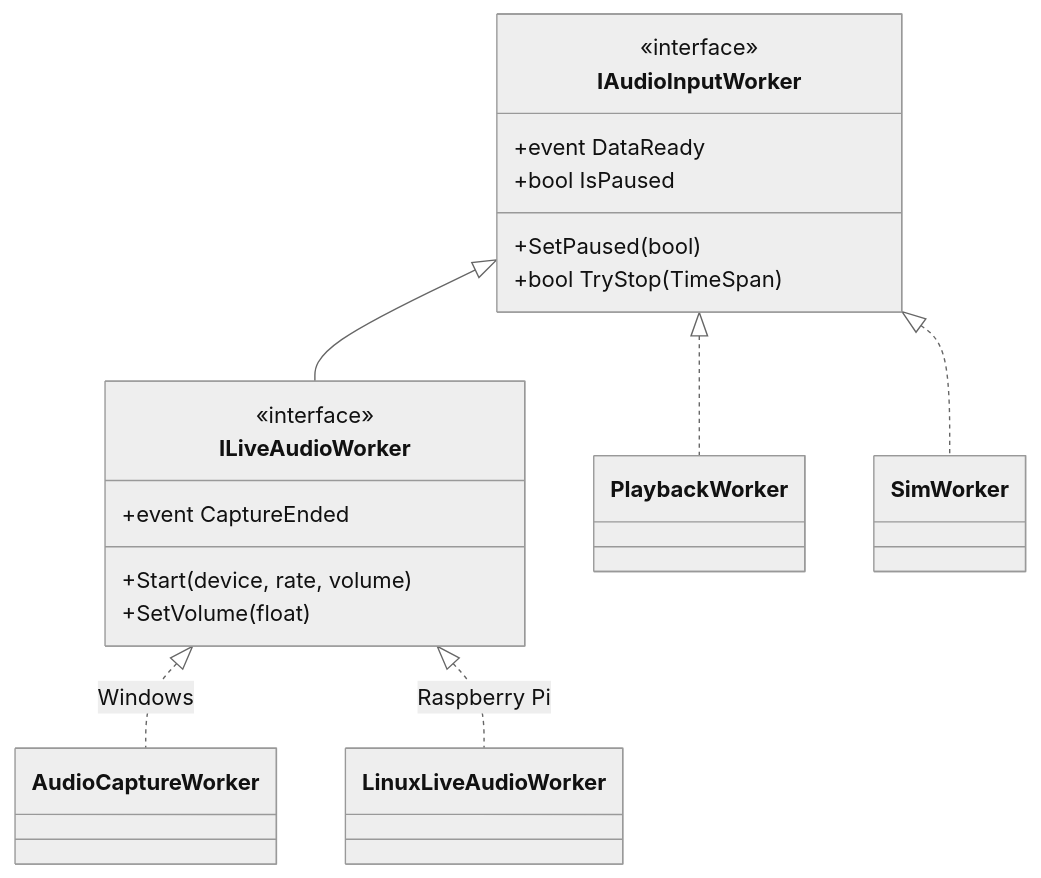
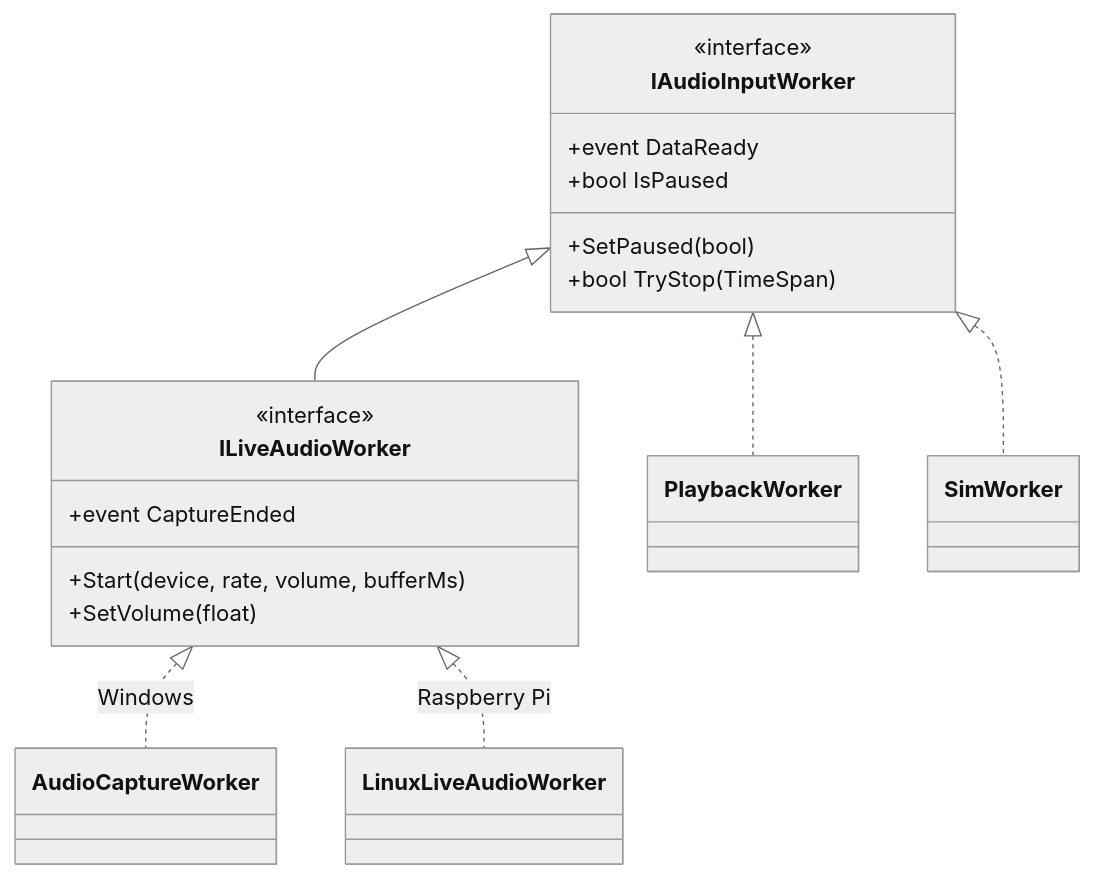
One commit to Jae-hong-5/TimeGrapher-Net changed the third of 4 diagrams in README.md. Above: the diagram before and after it, drawn with Mermaid (neutral theme). The commit also changed other lines of this file and 1 other file, not shown here.

````diff
--- a/README.md
+++ b/README.md
@@ -175,21 +176,21 @@
 ```mermaid
 classDiagram
     class IAudioInputWorker {
         <<interface>>
         +event DataReady
         +bool IsPaused
         +SetPaused(bool)
         +bool TryStop(TimeSpan)
     }
     class ILiveAudioWorker {
         <<interface>>
         +event CaptureEnded
-        +Start(device, rate, volume)
+        +Start(device, rate, volume, bufferMs)
         +SetVolume(float)
     }
     IAudioInputWorker <|-- ILiveAudioWorker
     ILiveAudioWorker <|.. AudioCaptureWorker : Windows
     ILiveAudioWorker <|.. LinuxLiveAudioWorker : Raspberry Pi
     IAudioInputWorker <|.. PlaybackWorker
     IAudioInputWorker <|.. SimWorker
 ```
````
